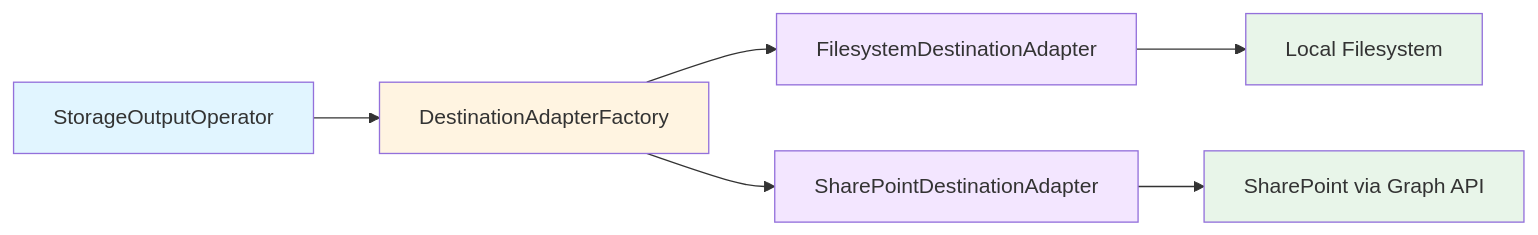
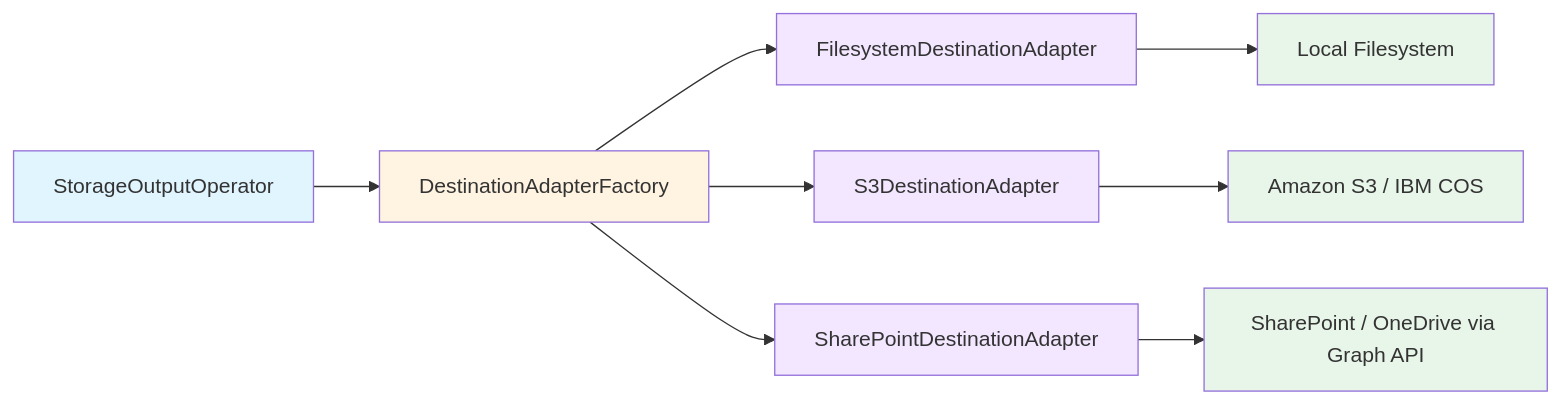
The diagram in docs/operators/storage/storage_output_readme.md (anupvarma007-ui/datasift-opensource), drawn with Mermaid before and after one commit. The commit also changed other lines of this file and 6 other files, not shown here.

Commit message:
feat: add OneDrive provider support to StorageOutputOperator (#781)

````diff
--- a/docs/operators/storage/storage_output_readme.md
+++ b/docs/operators/storage/storage_output_readme.md
@@ -431,15 +431,19 @@
 ```mermaid
 graph LR
     SOO[StorageOutputOperator] --> FAC[DestinationAdapterFactory]
     FAC --> FSA[FilesystemDestinationAdapter]
+    FAC --> S3A[S3DestinationAdapter]
     FAC --> SPA[SharePointDestinationAdapter]
     FSA --> FS[Local Filesystem]
-    SPA --> SP[SharePoint via Graph API]
+    S3A --> S3[Amazon S3 / IBM COS]
+    SPA --> SP[SharePoint / OneDrive via Graph API]
 
     style SOO fill:#e1f5ff
     style FAC fill:#fff4e1
     style FSA fill:#f3e6ff
+    style S3A fill:#f3e6ff
     style SPA fill:#f3e6ff
     style FS fill:#e8f5e9
+    style S3 fill:#e8f5e9
     style SP fill:#e8f5e9
 ```
````
